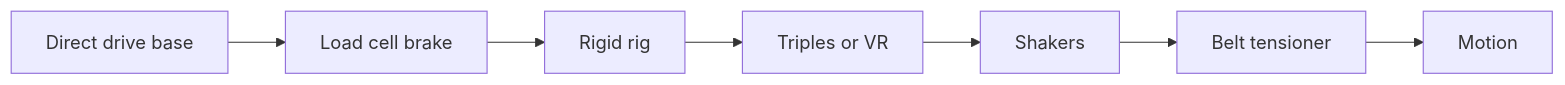
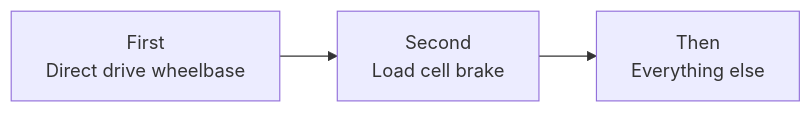
The diagram in docs/start/buying.md (johnjp15/sim-racing-guide), drawn with Mermaid before and after one commit. The commit also changed other lines of this file and 24 other files, not shown here.

````diff
--- a/docs/start/buying.md
+++ b/docs/start/buying.md
@@ -19,4 +19,4 @@
 ```mermaid
 flowchart LR
-    A[Direct drive base] --> B[Load cell brake] --> C[Rigid rig] --> D[Triples or VR] --> E[Shakers] --> F[Belt tensioner] --> G[Motion]
+    A[First<br>Direct drive wheelbase] --> B[Second<br>Load cell brake] --> C[Then<br>Everything else]
 ```
````
